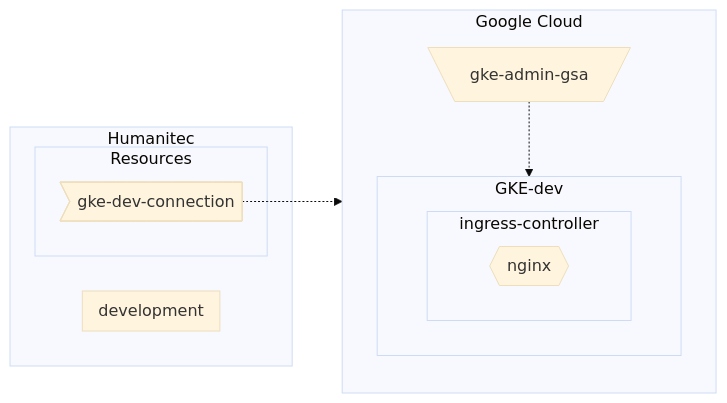
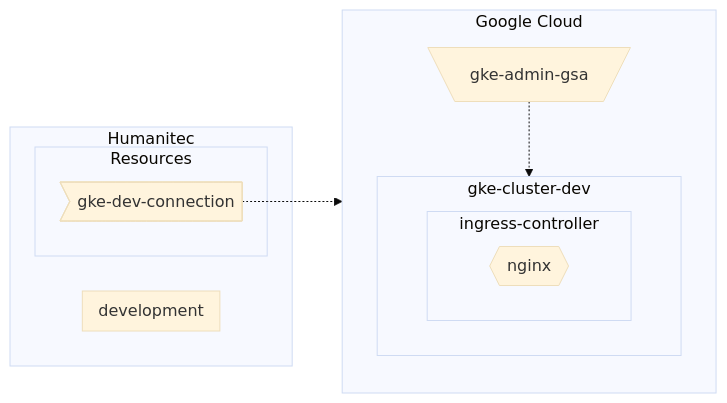
One commit to mathieu-benoit/hello-humanitec changed the first of 2 diagrams in docs/gke-setup.md. Above: the diagram before and after it, drawn with Mermaid (base theme). The commit also changed other lines of this file, not shown here.

````diff
--- a/docs/gke-setup.md
+++ b/docs/gke-setup.md
@@ -17,21 +18,21 @@
 ```mermaid
 flowchart LR
   subgraph Humanitec
     subgraph development
     end
     subgraph Resources
         gke-dev-connection>gke-dev-connection]
     end
   end
   subgraph Google Cloud
     direction TB
     gke-admin-gsa[\gke-admin-gsa/]
-    subgraph GKE-dev
+    subgraph gke-cluster-dev
         subgraph ingress-controller
             nginx{{nginx}}
         end
     end
   end
   gke-dev-connection-.->gke-admin-gsa
-  gke-admin-gsa-.->GKE-dev
+  gke-admin-gsa-.->gke-cluster-dev
 ```
````
